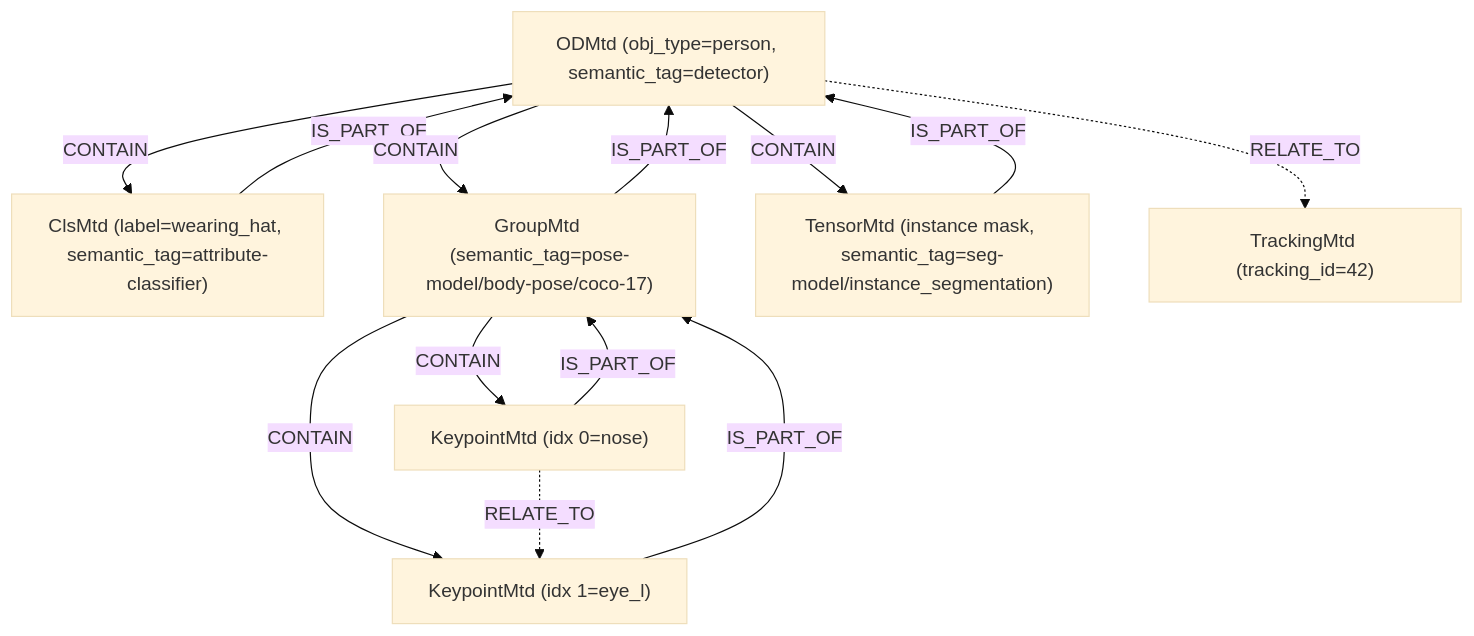
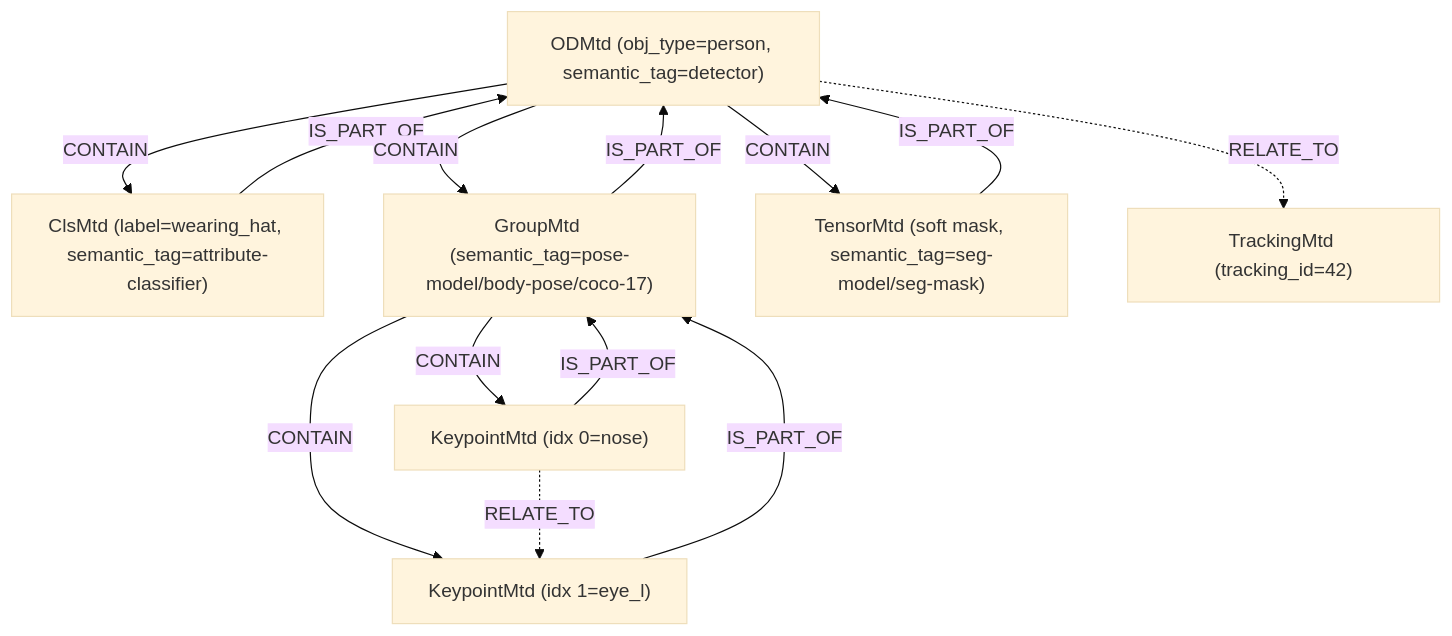
Before and after one commit to OskarFiedot/DLStreamer: diagram 15 of 17 in docs/user-guide/dev_guide/metadata_relations_diagrams.md, drawn with Mermaid (base theme). The commit also changed other lines of this file, not shown here.

````diff
--- a/docs/user-guide/dev_guide/metadata_relations_diagrams.md
+++ b/docs/user-guide/dev_guide/metadata_relations_diagrams.md
@@ -265,24 +329,24 @@
 ```mermaid
 graph TD
   OD["ODMtd (obj_type=person, semantic_tag=detector)"]
 
   Cls["ClsMtd (label=wearing_hat, semantic_tag=attribute-classifier)"]
   G["GroupMtd (semantic_tag=pose-model/body-pose/coco-17)"]
   K0["KeypointMtd (idx 0=nose)"]
   K1["KeypointMtd (idx 1=eye_l)"]
-  T["TensorMtd (instance mask, semantic_tag=seg-model/instance_segmentation)"]
+  T["TensorMtd (soft mask, semantic_tag=seg-model/seg-mask)"]
   Trk["TrackingMtd (tracking_id=42)"]
 
   OD -->|CONTAIN| Cls
   Cls -->|IS_PART_OF| OD
   OD -->|CONTAIN| G
   G -->|IS_PART_OF| OD
   G -->|CONTAIN| K0
   G -->|CONTAIN| K1
   K0 -->|IS_PART_OF| G
   K1 -->|IS_PART_OF| G
   K0 -.->|RELATE_TO| K1
   OD -->|CONTAIN| T
   T -->|IS_PART_OF| OD
   OD -.->|RELATE_TO| Trk
 ```
````
